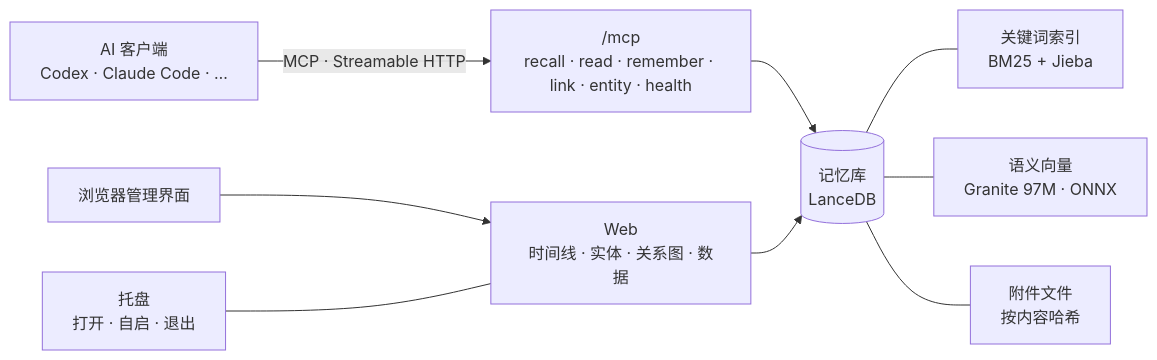
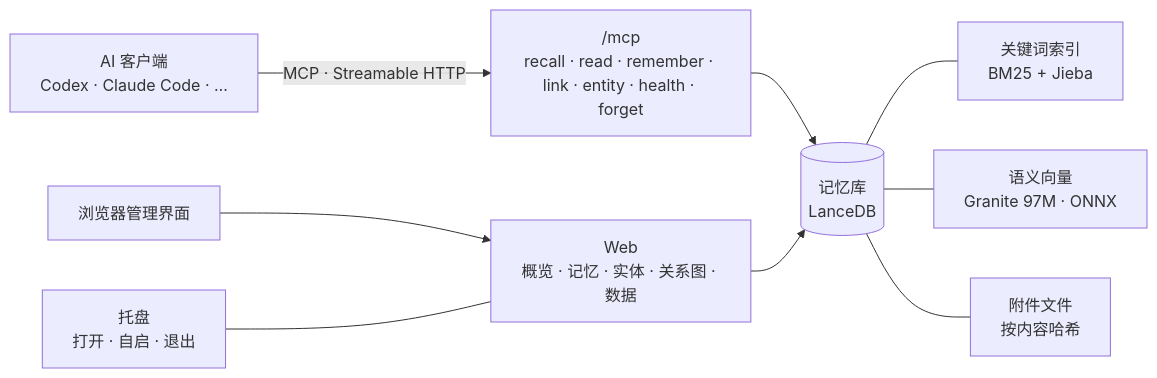
One commit to danchar12138/recallport changed the diagram in README.md. Above: the diagram before and after it, drawn with Mermaid. The commit also changed other lines of this file and 63 other files, not shown here.

First line of the commit message:
feat: 关系图整页画板，地图改「桥」设计，新增时间泳道视图，浮窗与提示卡改用 Preact

````diff
--- a/README.md
+++ b/README.md
@@ -154,11 +175,11 @@
 ```mermaid
 flowchart LR
-  C["AI 客户端<br/>Codex · Claude Code · …"] -- "MCP · Streamable HTTP" --> M["/mcp<br/>recall · read · remember · link · entity · health"]
-  B["浏览器管理界面"] --> W["Web<br/>时间线 · 实体 · 关系图 · 数据"]
+  C["AI 客户端<br/>Codex · Claude Code · …"] -- "MCP · Streamable HTTP" --> M["/mcp<br/>recall · read · remember · link · entity · health · forget"]
+  B["浏览器管理界面"] --> W["Web<br/>概览 · 记忆 · 实体 · 关系图 · 数据"]
   T["托盘<br/>打开 · 自启 · 退出"] --- W
   M --> S[("记忆库<br/>LanceDB")]
   W --> S
   S --- K["关键词索引<br/>BM25 + Jieba"]
   S --- V["语义向量<br/>Granite 97M · ONNX"]
   S --- F["附件文件<br/>按内容哈希"]
 ```
````
